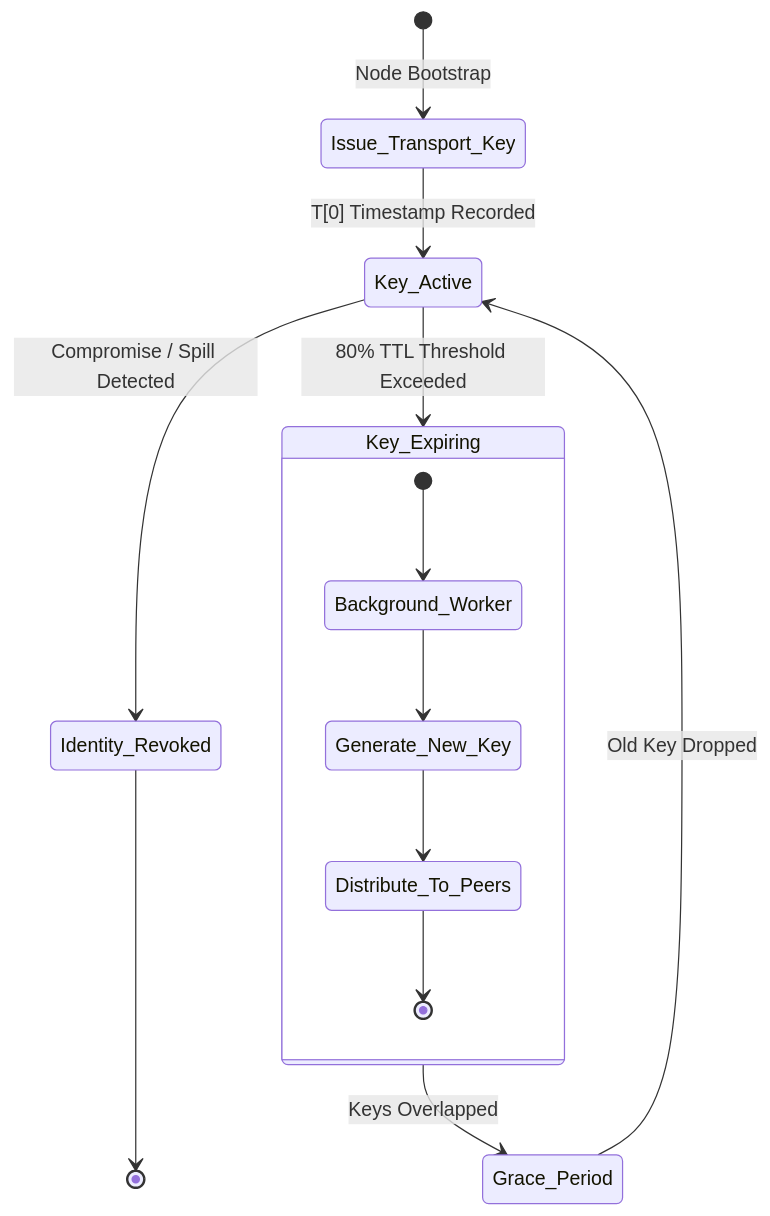
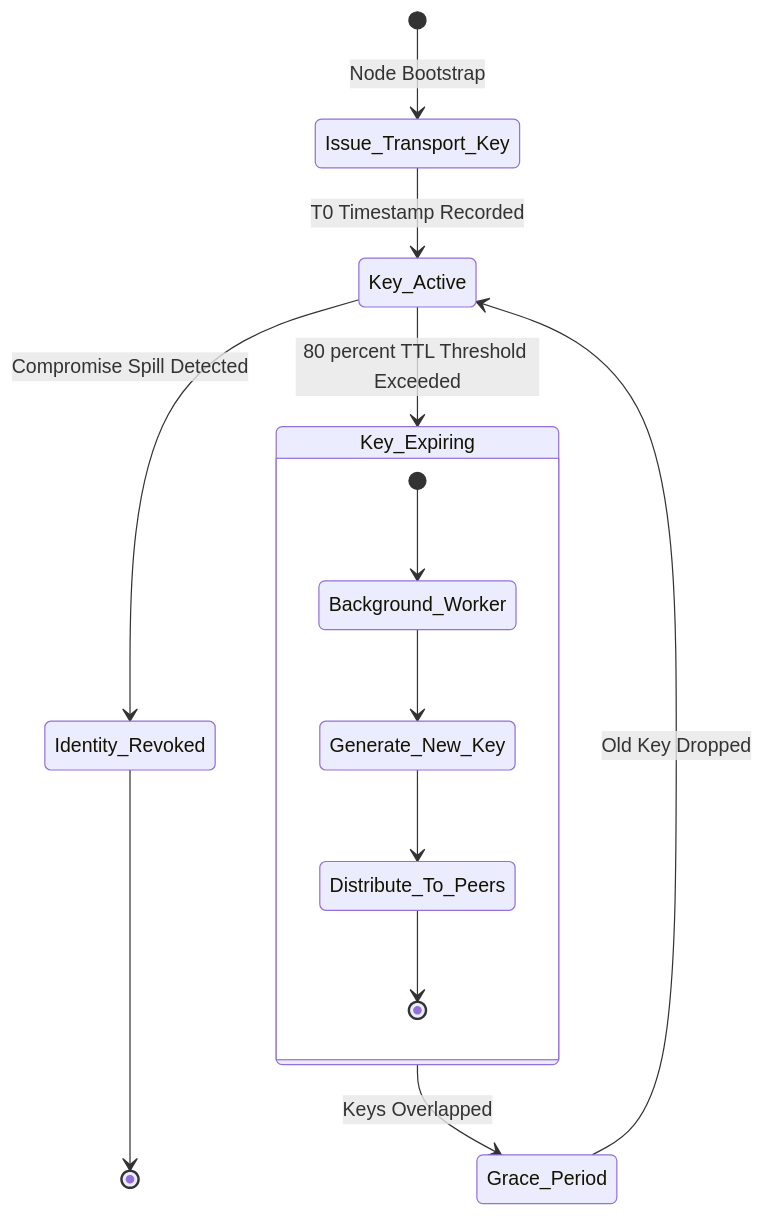
The fourth of 30 diagrams in README.md (MrDecryptDecipher/Agent-Trust), drawn with Mermaid before and after one commit. The commit also changed other lines of this file, not shown here.

````diff
--- a/README.md
+++ b/README.md
@@ -97,18 +97,18 @@
 ```mermaid
 stateDiagram-v2
     [*] --> Issue_Transport_Key: Node Bootstrap
-    Issue_Transport_Key --> Key_Active: T[0] Timestamp Recorded
-    Key_Active --> Key_Expiring: 80% TTL Threshold Exceeded
+    Issue_Transport_Key --> Key_Active: T0 Timestamp Recorded
+    Key_Active --> Key_Expiring: 80 percent TTL Threshold Exceeded
     
     state Key_Expiring {
         [*] --> Background_Worker
         Background_Worker --> Generate_New_Key
         Generate_New_Key --> Distribute_To_Peers
         Distribute_To_Peers --> [*]
     }
     
     Key_Expiring --> Grace_Period: Keys Overlapped
     Grace_Period --> Key_Active: Old Key Dropped
-    Key_Active --> Identity_Revoked: Compromise / Spill Detected
+    Key_Active --> Identity_Revoked: Compromise Spill Detected
     Identity_Revoked --> [*]
 ```
````
